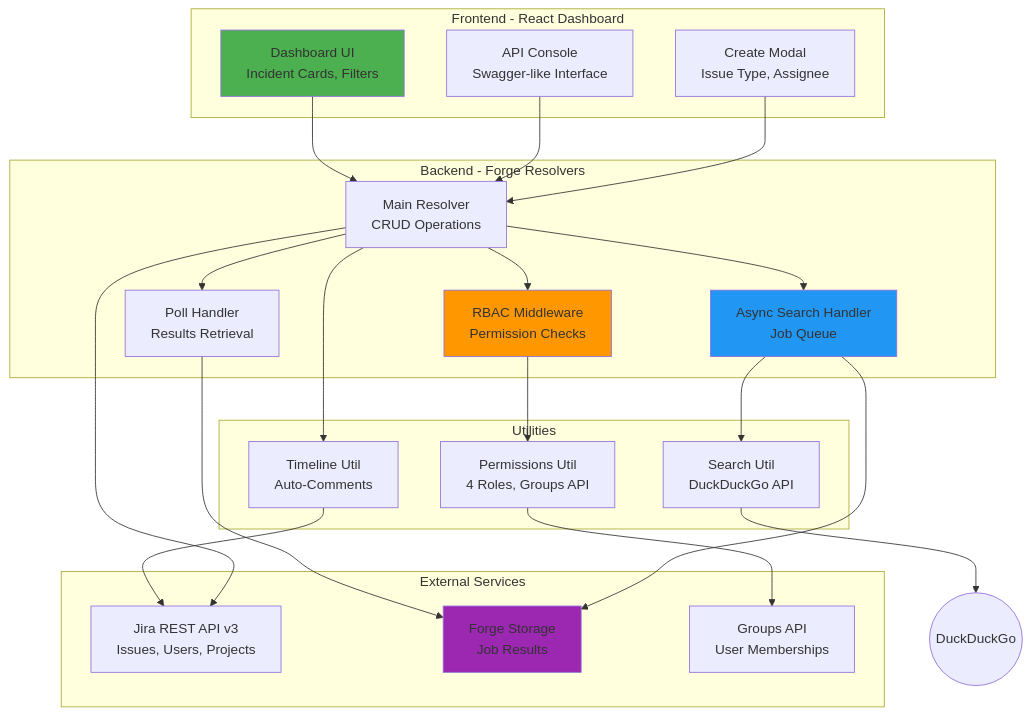
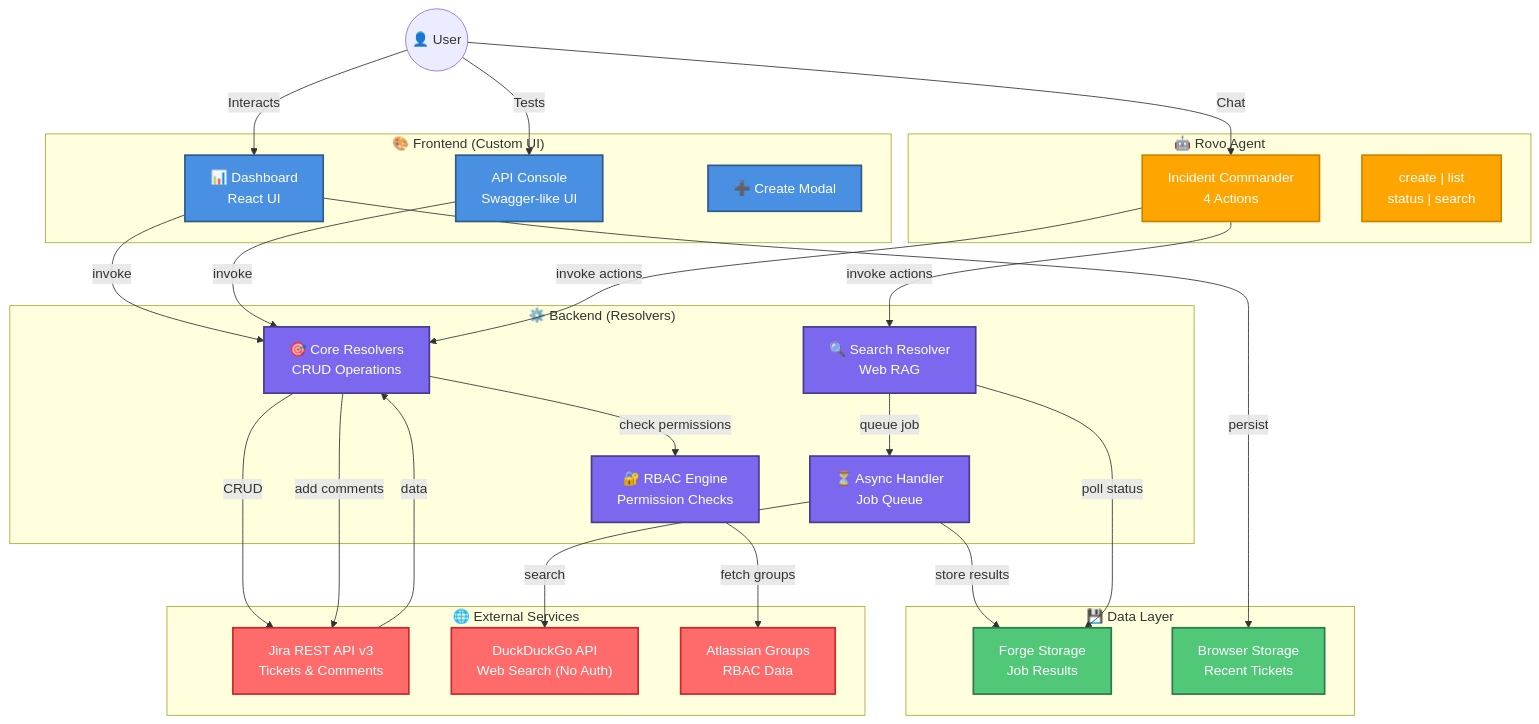
The diagram in README.md (samalpartha/incident-war-room), drawn with Mermaid before and after one commit. The commit also changed other lines of this file and 22 other files, not shown here.

````diff
--- a/README.md
+++ b/README.md
@@ -28,51 +13,75 @@
 ```mermaid
 graph TB
-    subgraph "Frontend - React Dashboard"
-        UI[Dashboard UI<br/>Incident Cards, Filters]
-        CONSOLE[API Console<br/>Swagger-like Interface]
-        MODAL[Create Modal<br/>Issue Type, Assignee]
+    %% Frontend Layer
+    subgraph Frontend["🎨 Frontend (Custom UI)"]
+        Dashboard["📊 Dashboard<br/>React UI"]
+        APIConsole[" API Console<br/>Swagger-like UI"]
+        Modal["➕ Create Modal"]
     end
 
-    subgraph "Backend - Forge Resolvers"
-        RESOLVER[Main Resolver<br/>CRUD Operations]
-        RBAC[RBAC Middleware<br/>Permission Checks]
-        ASYNC[Async Search Handler<br/>Job Queue]
-        POLL[Poll Handler<br/>Results Retrieval]
+    %% Backend Layer
+    subgraph Backend["⚙️ Backend (Resolvers)"]
+        RBAC["🔐 RBAC Engine<br/>Permission Checks"]
+        CoreResolvers["🎯 Core Resolvers<br/>CRUD Operations"]
+        SearchResolver["🔍 Search Resolver<br/>Web RAG"]
+        AsyncHandler["⏳ Async Handler<br/>Job Queue"]
     end
 
-    subgraph "Utilities"
-        PERM[Permissions Util<br/>4 Roles, Groups API]
-        SEARCH[Search Util<br/>DuckDuckGo API]
-        TIMELINE[Timeline Util<br/>Auto-Comments]
+    %% Storage Layer
+    subgraph Storage["💾 Data Layer"]
+        ForgeStorage["Forge Storage<br/>Job Results"]
+        LocalPersist["Browser Storage<br/>Recent Tickets"]
     end
 
-    subgraph "External Services"
-        JIRA[Jira REST API v3<br/>Issues, Users, Projects]
-        STORAGE[Forge Storage<br/>Job Results]
-        GROUPS[Groups API<br/>User Memberships]
+    %% External Services
+    subgraph External["🌐 External Services"]
+        JiraAPI["Jira REST API v3<br/>Tickets & Comments"]
+        DuckDuckGo["DuckDuckGo API<br/>Web Search (No Auth)"]
+        Groups["Atlassian Groups<br/>RBAC Data"]
     end
 
-    UI --> RESOLVER
-    CONSOLE --> RESOLVER
-    MODAL --> RESOLVER
+    %% Rovo Integration
+    subgraph Rovo["🤖 Rovo Agent"]
+        Agent["Incident Commander<br/>4 Actions"]
+        Actions["create | list<br/>status | search"]
+    end
+
+    %% User Interactions
+    User((👤 User))
     
-    RESOLVER --> RBAC
-    RESOLVER --> ASYNC
-    RESOLVER --> POLL
-    RESOLVER --> TIMELINE
+    %% Flow connections
+    User -->|Interacts| Dashboard
+    User -->|Tests| APIConsole
+    User -->|Chat| Agent
     
-    RBAC --> PERM
-    ASYNC --> SEARCH
-    POLL --> STORAGE
+    Dashboard -->|invoke| CoreResolvers
+    APIConsole -->|invoke| CoreResolvers
+    Agent -->|invoke actions| CoreResolvers
+    Agent -->|invoke actions| SearchResolver
     
-    PERM --> GROUPS
-    SEARCH --> DuckDuckGo((DuckDuckGo))
-    TIMELINE --> JIRA
-    RESOLVER --> JIRA
-    ASYNC --> STORAGE
+    CoreResolvers -->|check permissions| RBAC
+    CoreResolvers -->|CRUD| JiraAPI
+    CoreResolvers -->|add comments| JiraAPI
     
-    style UI fill:#4CAF50
-    style RBAC fill:#FF9800
-    style ASYNC fill:#2196F3
-    style STORAGE fill:#9C27B0
+    SearchResolver -->|queue job| AsyncHandler
+    AsyncHandler -->|store results| ForgeStorage
+    AsyncHandler -->|search| DuckDuckGo
+    SearchResolver -->|poll status| ForgeStorage
+    
+    RBAC -->|fetch groups| Groups
+    Dashboard -->|persist| LocalPersist
+    JiraAPI -->|data| CoreResolvers
+
+    %% Styling
+    classDef frontend fill:#4A90E2,stroke:#2E5C8A,stroke-width:2px,color:#fff
+    classDef backend fill:#7B68EE,stroke:#483D8B,stroke-width:2px,color:#fff
+    classDef storage fill:#50C878,stroke:#2D7A4A,stroke-width:2px,color:#fff
+    classDef external fill:#FF6B6B,stroke:#C92A2A,stroke-width:2px,color:#fff
+    classDef rovo fill:#FFA500,stroke:#CC8400,stroke-width:2px,color:#fff
+    
+    class Dashboard,APIConsole,Modal frontend
+    class RBAC,CoreResolvers,SearchResolver,AsyncHandler backend
+    class ForgeStorage,LocalPersist storage
+    class JiraAPI,DuckDuckGo,Groups external
+    class Agent,Actions rovo
 ```
````
